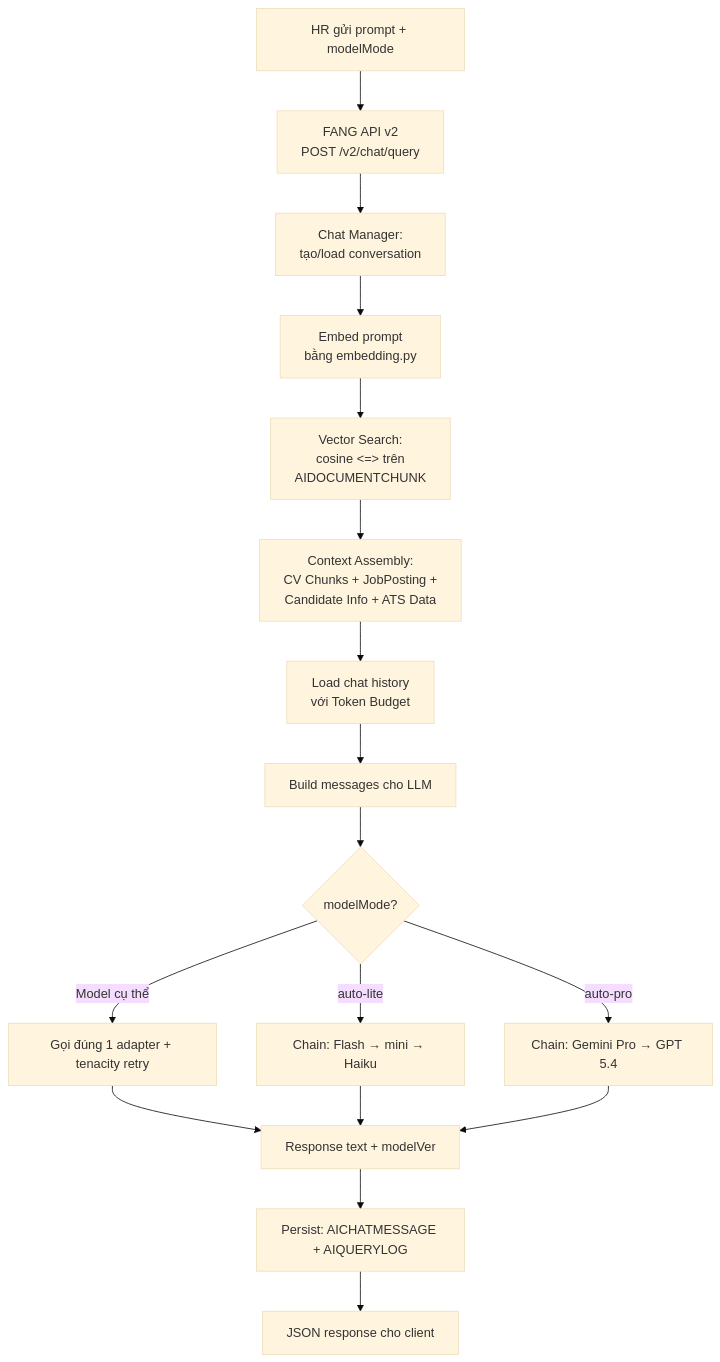
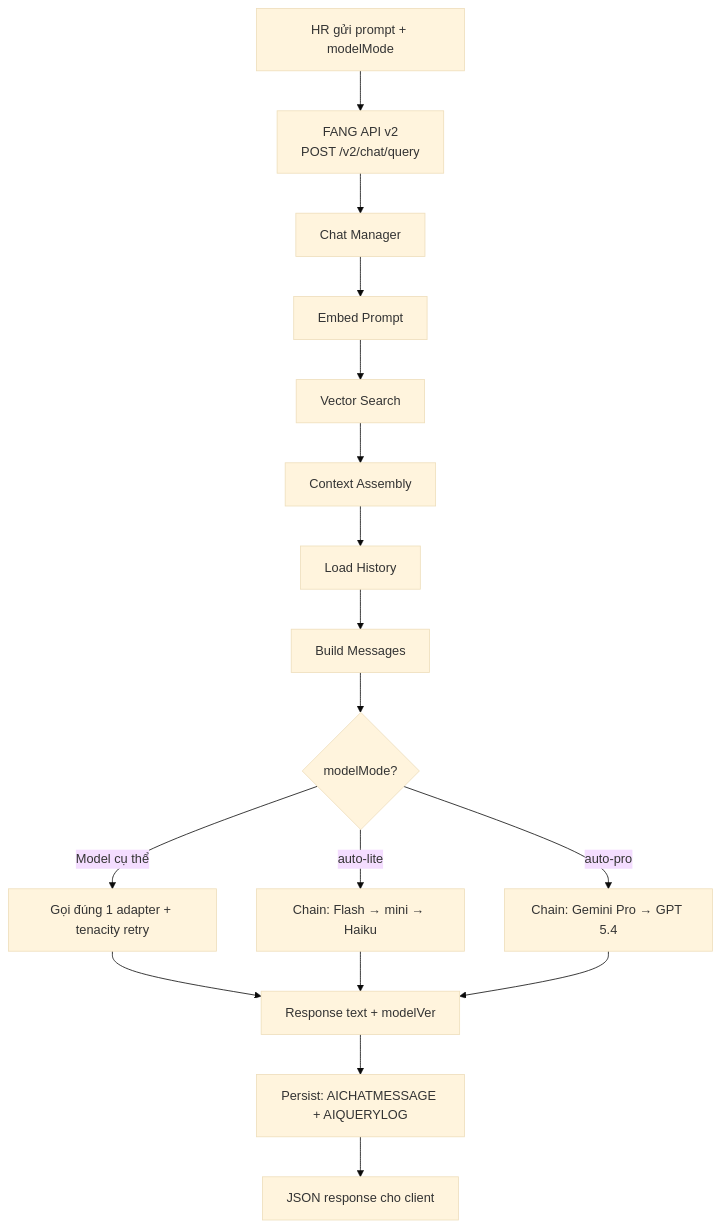
The first of 3 diagrams in docs/rag_query_strategy.md (PTIT-TTCS-Team-5/Fang), drawn with Mermaid (base theme) before and after one commit. The commit also changed 1 other file, not shown here.

Commit message:
docs: tinh chỉnh sơ đồ Mermaid để tránh đè chữ và cải thiện thẩm mỹ

````diff
--- a/docs/rag_query_strategy.md
+++ b/docs/rag_query_strategy.md
@@ -15,22 +15,22 @@
 ```mermaid
 flowchart TD
     A[HR gửi prompt + modelMode] --> B["FANG API v2\nPOST /v2/chat/query"]
-    B --> C[Chat Manager:<br/>tạo/load conversation]
-    C --> D[Embed prompt<br/>bằng embedding.py]
-    D --> E["Vector Search:<br/>cosine <=> trên<br/>AIDOCUMENTCHUNK"]
-    E --> F[Context Assembly:<br/>CV Chunks + JobPosting +<br/>Candidate Info + ATS Data]
-    F --> G[Load chat history<br/>với Token Budget]
-    G --> H[Build messages cho LLM]
+    B --> C[Chat Manager]
+    C --> D[Embed Prompt]
+    D --> E["Vector Search"]
+    E --> F[Context Assembly]
+    F --> G[Load History]
+    G --> H[Build Messages]
     H --> I{modelMode?}
     
     I -->|Model cụ thể| J[Gọi đúng 1 adapter + tenacity retry]
     I -->|auto-lite| K["Chain: Flash → mini → Haiku"]
     I -->|auto-pro| L["Chain: Gemini Pro → GPT 5.4"]
     
     J --> M[Response text + modelVer]
     K --> M
     L --> M
     
     M --> N[Persist: AICHATMESSAGE + AIQUERYLOG]
     N --> O[JSON response cho client]
 ```
````
